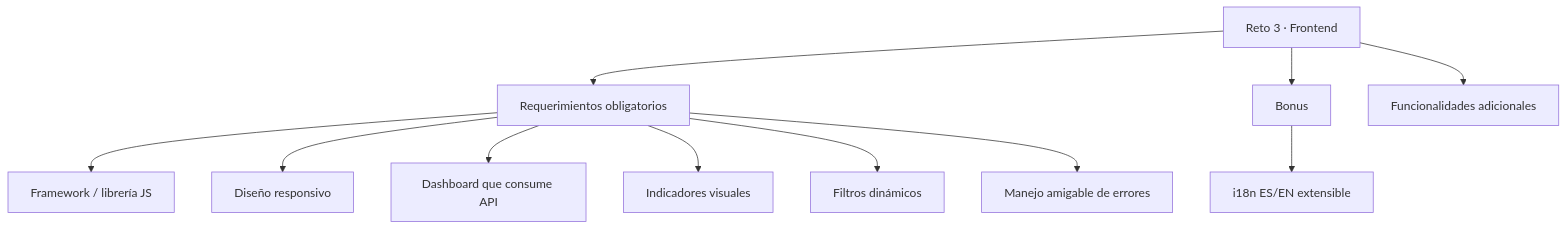
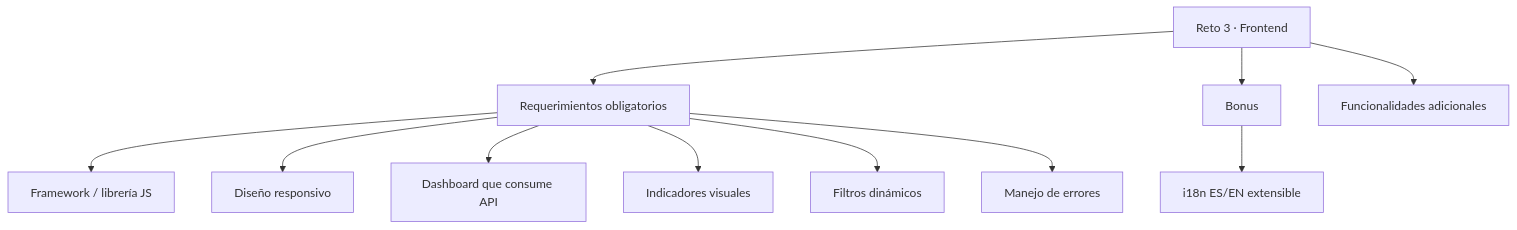
The second of 19 diagrams in README.md (lisudea/technical-test-2026-2), drawn with Mermaid before and after one commit. The commit also changed other lines of this file and 1 other file, not shown here.

````diff
--- a/README.md
+++ b/README.md
@@ -158,14 +158,14 @@
 ```mermaid
 flowchart TB
   R[Reto 3 · Frontend] --> O[Requerimientos obligatorios]
   R --> B[Bonus]
   R --> X[Funcionalidades adicionales]
 
   O --> F[Framework / librería JS]
   O --> RS[Diseño responsivo]
   O --> D[Dashboard que consume API]
   O --> V[Indicadores visuales]
   O --> Fi[Filtros dinámicos]
-  O --> E[Manejo amigable de errores]
+  O --> E[Manejo de errores]
   B --> I[i18n ES/EN extensible]
 ```
````
